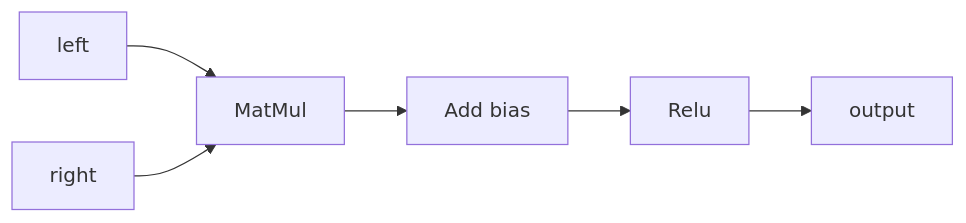
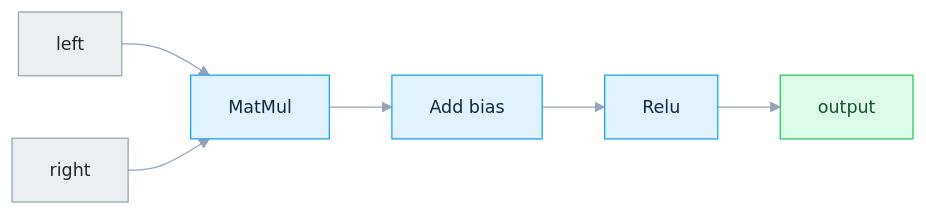
One commit to DakeQQ/Tutorial-ONNX-Runtime-Execution-Providers changed the fourth of 7 diagrams in WebGPU/README.md. Above: the diagram before and after it, drawn with Mermaid. The commit also changed other lines of this file and 15 other files, not shown here.

````diff
--- a/WebGPU/README.md
+++ b/WebGPU/README.md
@@ -189,8 +260,16 @@
 ```mermaid
+%%{init: {"theme":"base","themeVariables":{"fontSize":"14px","lineColor":"#94a3b8","edgeLabelBackground":"#e2e8f0","primaryTextColor":"#1e293b"}}}%%
 flowchart LR
-  L[left] --> MM[MatMul]
-  R[right] --> MM
-  MM --> A[Add bias]
-  A --> RELU[Relu]
-  RELU --> O[output]
+  L["left"] --> MM["MatMul"]
+  R["right"] --> MM
+  MM --> A["Add bias"]
+  A --> RELU["Relu"]
+  RELU --> O["output"]
+
+  classDef leaf fill:#eceff1,stroke:#90a4ae,color:#20242b;
+  classDef step fill:#e0f2fe,stroke:#0ea5e9,color:#0c2a3d;
+  classDef good fill:#dcfce7,stroke:#22c55e,color:#14532d;
+  class L,R leaf;
+  class MM,A,RELU step;
+  class O good;
 ```
````
